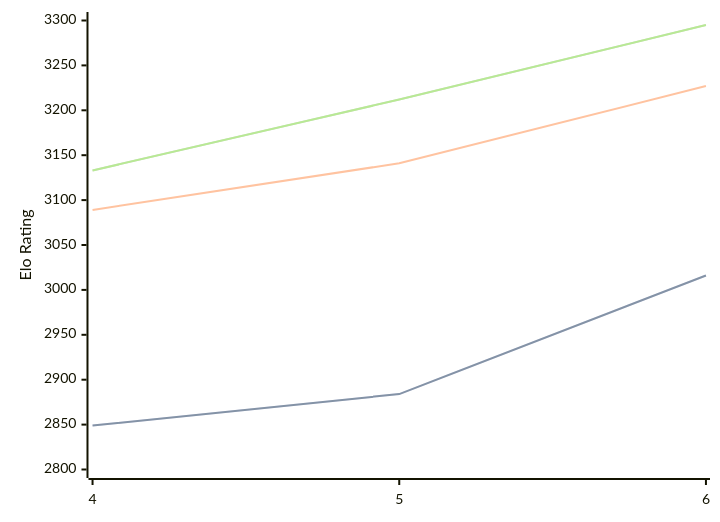
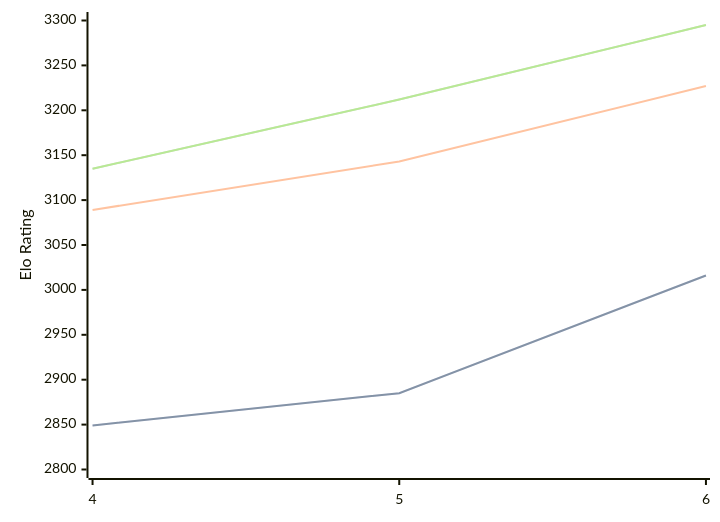
Before and after one commit to computer-chess-index/cci: the diagram in engines/Cwtch.md, drawn with Mermaid. The commit also changed other lines of this file, not shown here.

Commit message:
Update CCI Ratings (ELO VLTC) - 2026-09-10

````diff
--- a/engines/Cwtch.md
+++ b/engines/Cwtch.md
@@ -34,11 +34,11 @@
 ```mermaid
 %%{init: {"theme":"base","themeVariables":{"seriesColors:['#a3a3a3','#222221','#faa371']}}}%%
 xychart-beta
   x-axis ["4", "5", "6"]
   y-axis "Elo Rating" 2800 --> 3300
-  line "" [2849, 2884, 3016]
-  line "STC (8.0+0.08s)" [2849, 2884, 3016]
-  line "LTC (60.0+0.60s)" [3089, 3141, 3227]
-  line "" [3133, 3212, 3295]
-  line "VLTC (2m24s+1.12s)" [3133, 3212, 3295]
+  line "" [2849, 2885, 3016]
+  line "STC (8.0+0.08s)" [2849, 2885, 3016]
+  line "LTC (60.0+0.60s)" [3089, 3143, 3227]
+  line "" [3135, 3212, 3295]
+  line "VLTC (2m24s+1.12s)" [3135, 3212, 3295]
 ```
````
